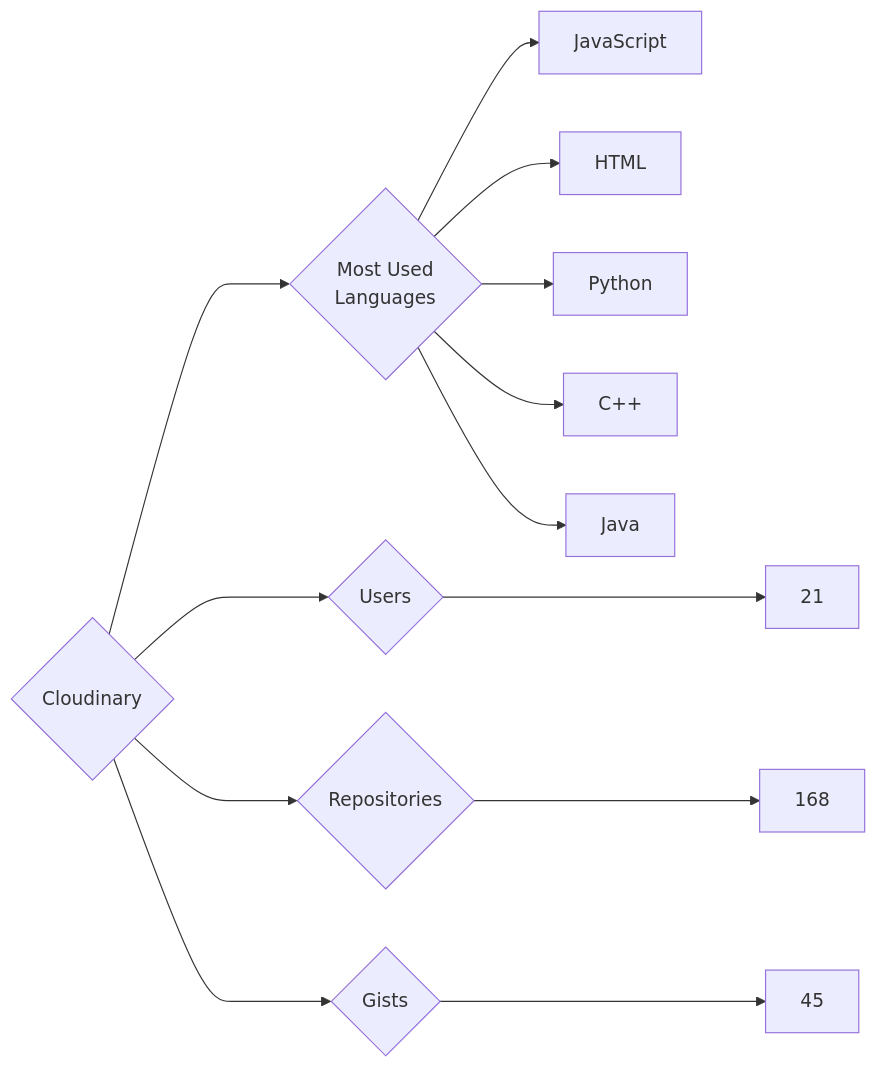
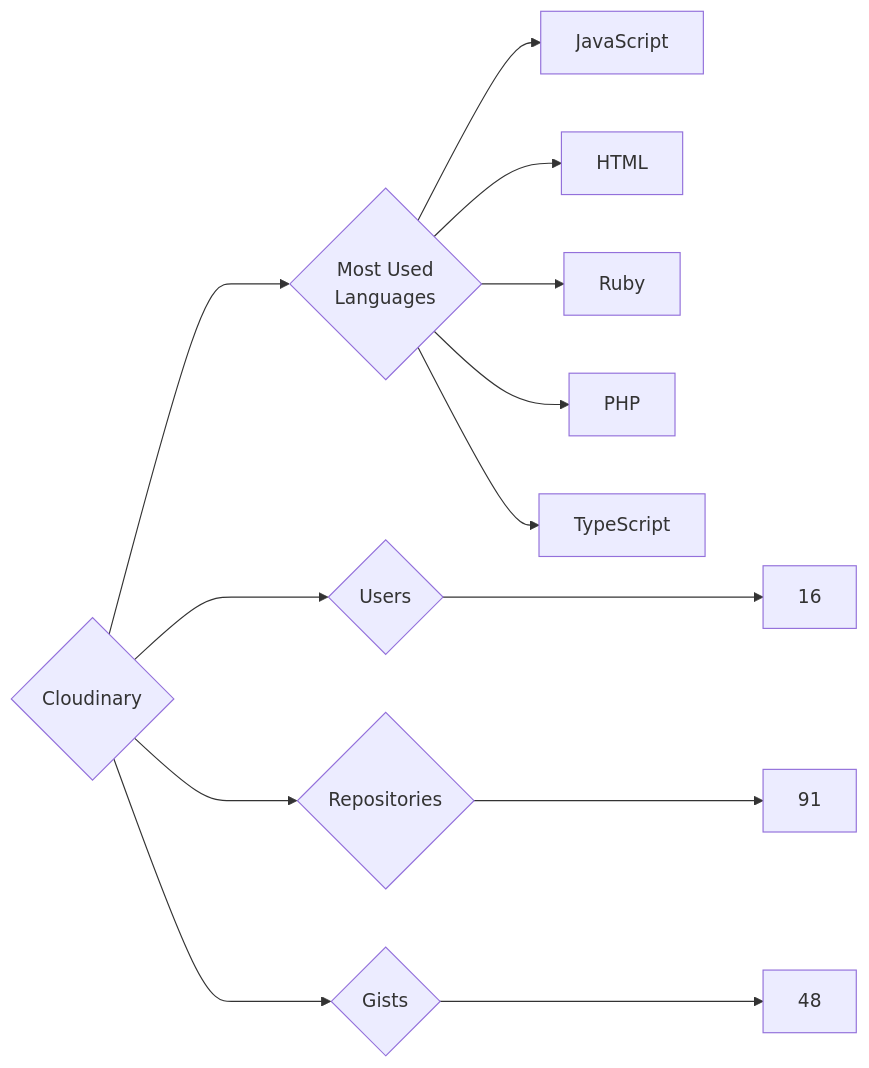
The diagram in targets/Cloudinary/README.md (trickest/insiders), drawn with Mermaid before and after one commit. The commit also changed 895 other files, not shown here.

````diff
--- a/targets/Cloudinary/README.md
+++ b/targets/Cloudinary/README.md
@@ -3,13 +3,13 @@
 ```mermaid
 graph LR
 COMPANY_NAME{Cloudinary}
-COMPANY_NAME ---> U{Users} ---> UN[21]
-COMPANY_NAME ---> R{Repositories} ---> RN[168]
-COMPANY_NAME ---> G{Gists} ---> GN[45]
+COMPANY_NAME ---> U{Users} ---> UN[16]
+COMPANY_NAME ---> R{Repositories} ---> RN[91]
+COMPANY_NAME ---> G{Gists} ---> GN[48]
 COMPANY_NAME ---> ML{Most Used<br>Languages}
 ML --> JavaScript[JavaScript]
 ML --> HTML[HTML]
-ML --> Python[Python]
-ML --> C++[C++]
-ML --> Java[Java]
+ML --> Ruby[Ruby]
+ML --> PHP[PHP]
+ML --> TypeScript[TypeScript]
 ```
````
